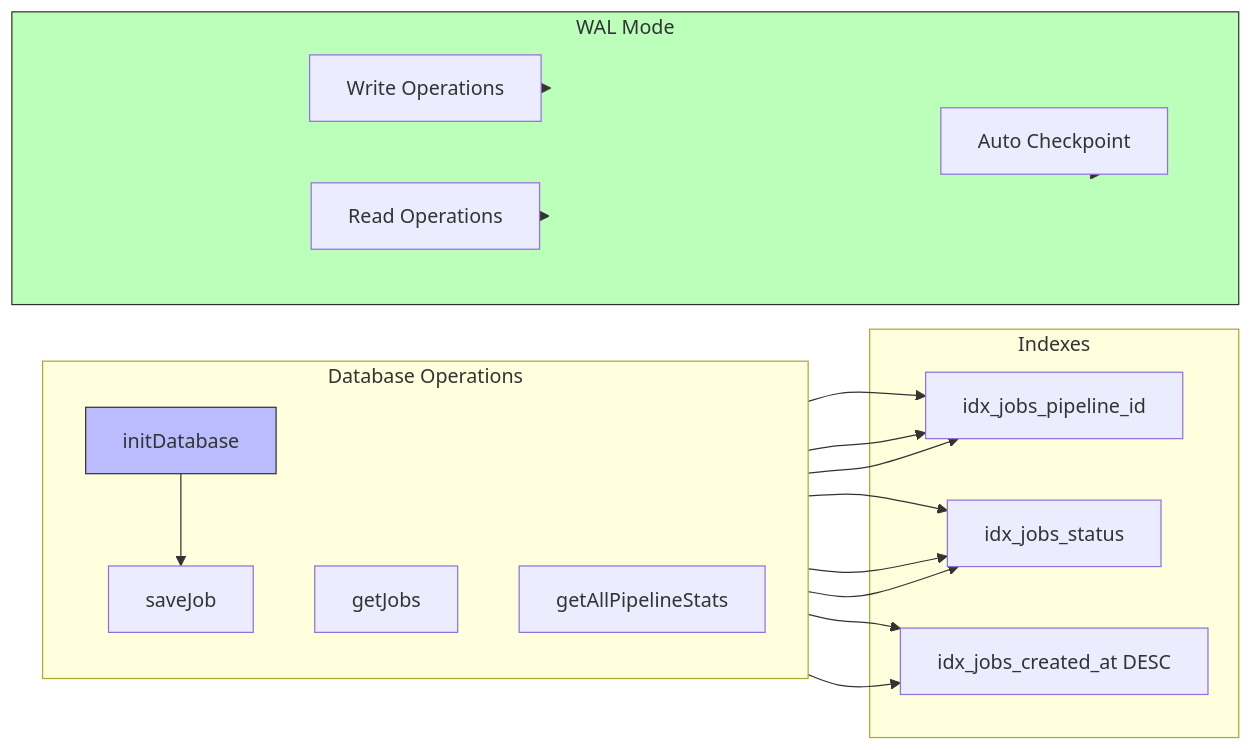
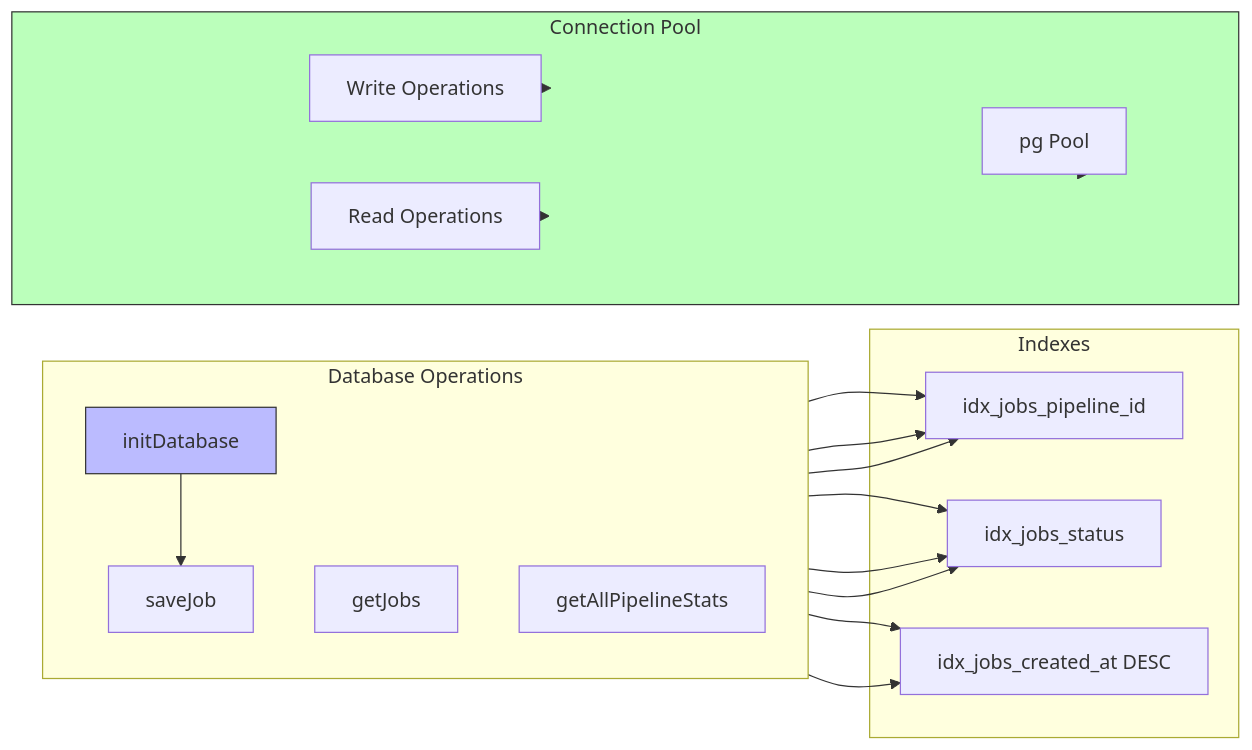
Before and after one commit to integritystudio/AlephAuto: the eighth of 14 diagrams in docs/architecture/SYSTEM-DATA-FLOW.md, drawn with Mermaid. The commit also changed other lines of this file and 22 other files, not shown here.

````diff
--- a/docs/architecture/SYSTEM-DATA-FLOW.md
+++ b/docs/architecture/SYSTEM-DATA-FLOW.md
@@ -544,34 +541,34 @@
 ```mermaid
 flowchart LR
     subgraph Operations["Database Operations"]
         direction TB
         Init["initDatabase"]
         Save["saveJob"]
         Get["getJobs"]
         Stats["getAllPipelineStats"]
     end
 
     subgraph Indexes["Indexes"]
         I1[idx_jobs_pipeline_id]
         I2[idx_jobs_status]
         I3[idx_jobs_created_at DESC]
     end
 
-    subgraph WAL["WAL Mode"]
+    subgraph Conn["Connection Pool"]
         Write[Write Operations]
         Read[Read Operations]
-        Checkpoint[Auto Checkpoint]
+        Pool[pg Pool]
     end
 
     Init --> Save
     Save --> I1 & I2 & I3
     Get --> I1 & I2 & I3
     Stats --> I1 & I2
 
-    Write --> WAL
-    Read --> WAL
-    WAL --> Checkpoint
+    Write --> Conn
+    Read --> Conn
+    Conn --> Pool
 
     style Init fill:#bbf,stroke:#333
-    style WAL fill:#bfb,stroke:#333
+    style Conn fill:#bfb,stroke:#333
 ```
````
